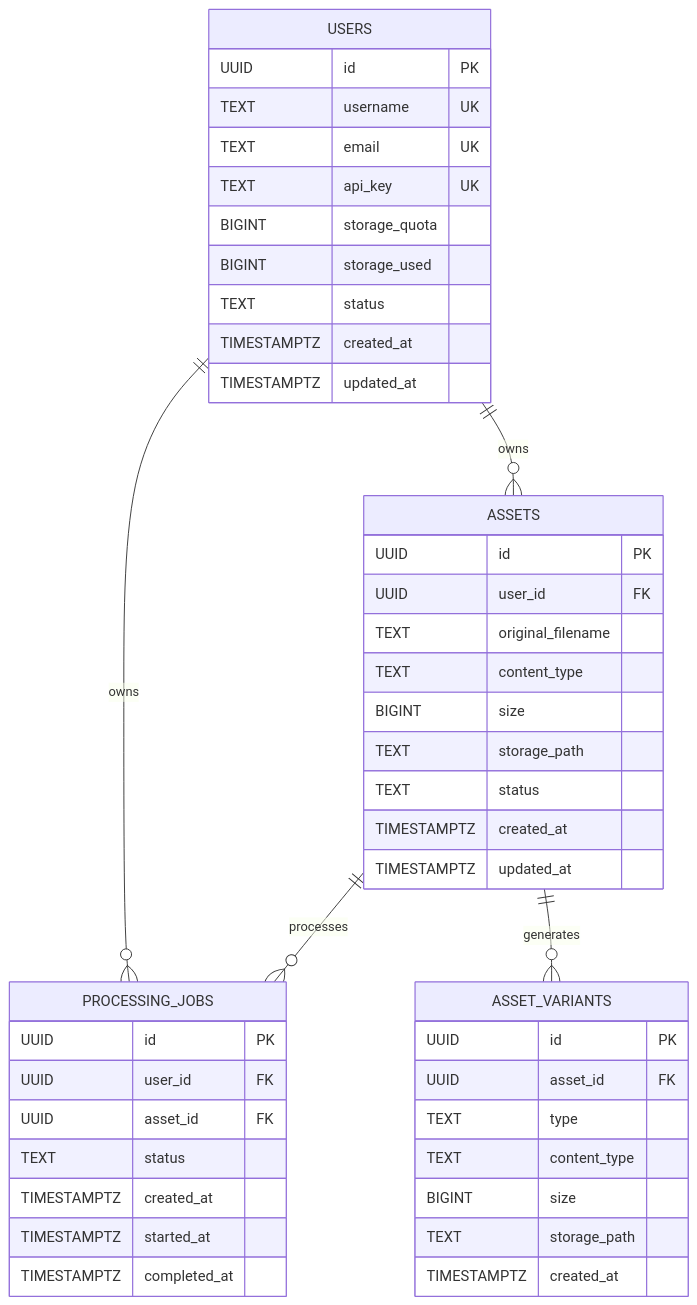
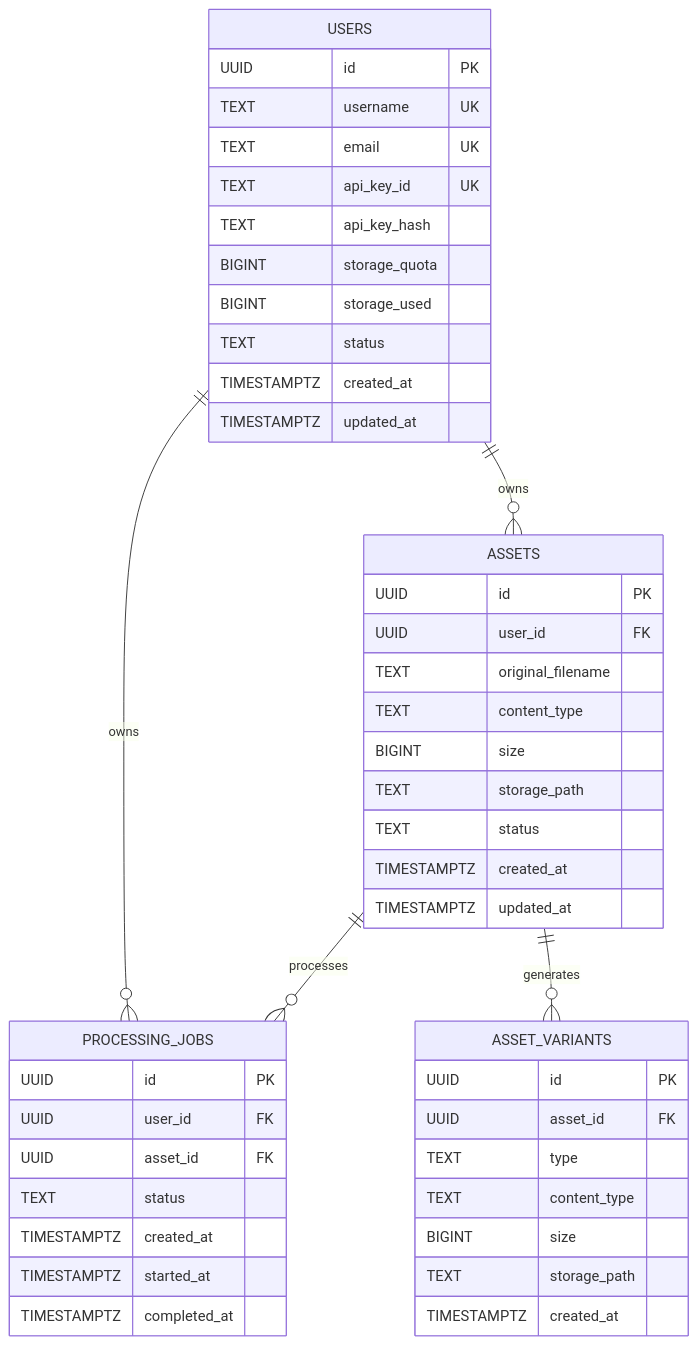
Before and after one commit to joshua-sajeev/tessera: the diagram in docs/architecture/05-database.md, drawn with Mermaid. The commit also changed other lines of this file and 6 other files, not shown here.

Commit message:
refactor(auth): migrate API key storage to Argon2id

`````diff
--- a/docs/architecture/05-database.md
+++ b/docs/architecture/05-database.md
@@ -9,51 +9,52 @@
 ```mermaid
 erDiagram
     USERS ||--o{ ASSETS : owns
     USERS ||--o{ PROCESSING_JOBS : owns
     ASSETS ||--o{ PROCESSING_JOBS : processes
     ASSETS ||--o{ ASSET_VARIANTS : generates
 
     USERS {
         UUID id PK
         TEXT username UK
         TEXT email UK
-        TEXT api_key UK
+        TEXT api_key_id UK
+        TEXT api_key_hash
         BIGINT storage_quota
         BIGINT storage_used
         TEXT status
         TIMESTAMPTZ created_at
         TIMESTAMPTZ updated_at
     }
 
     ASSETS {
         UUID id PK
         UUID user_id FK
         TEXT original_filename
         TEXT content_type
         BIGINT size
         TEXT storage_path
         TEXT status
         TIMESTAMPTZ created_at
         TIMESTAMPTZ updated_at
     }
 
     PROCESSING_JOBS {
         UUID id PK
         UUID user_id FK
         UUID asset_id FK
         TEXT status
         TIMESTAMPTZ created_at
         TIMESTAMPTZ started_at
         TIMESTAMPTZ completed_at
     }
 
     ASSET_VARIANTS {
         UUID id PK
         UUID asset_id FK
         TEXT type
         TEXT content_type
         BIGINT size
         TEXT storage_path
         TIMESTAMPTZ created_at
     }
-```
+````
`````
